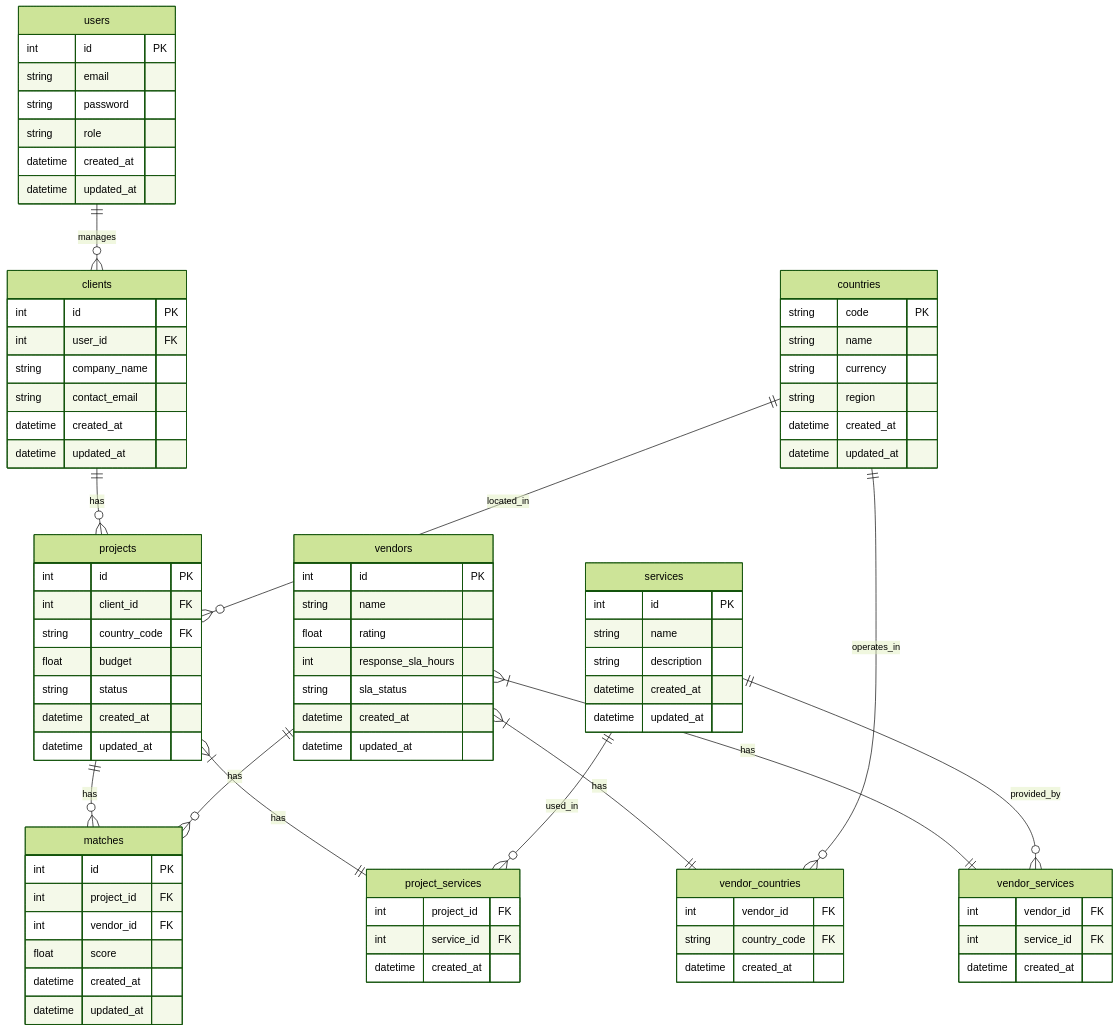
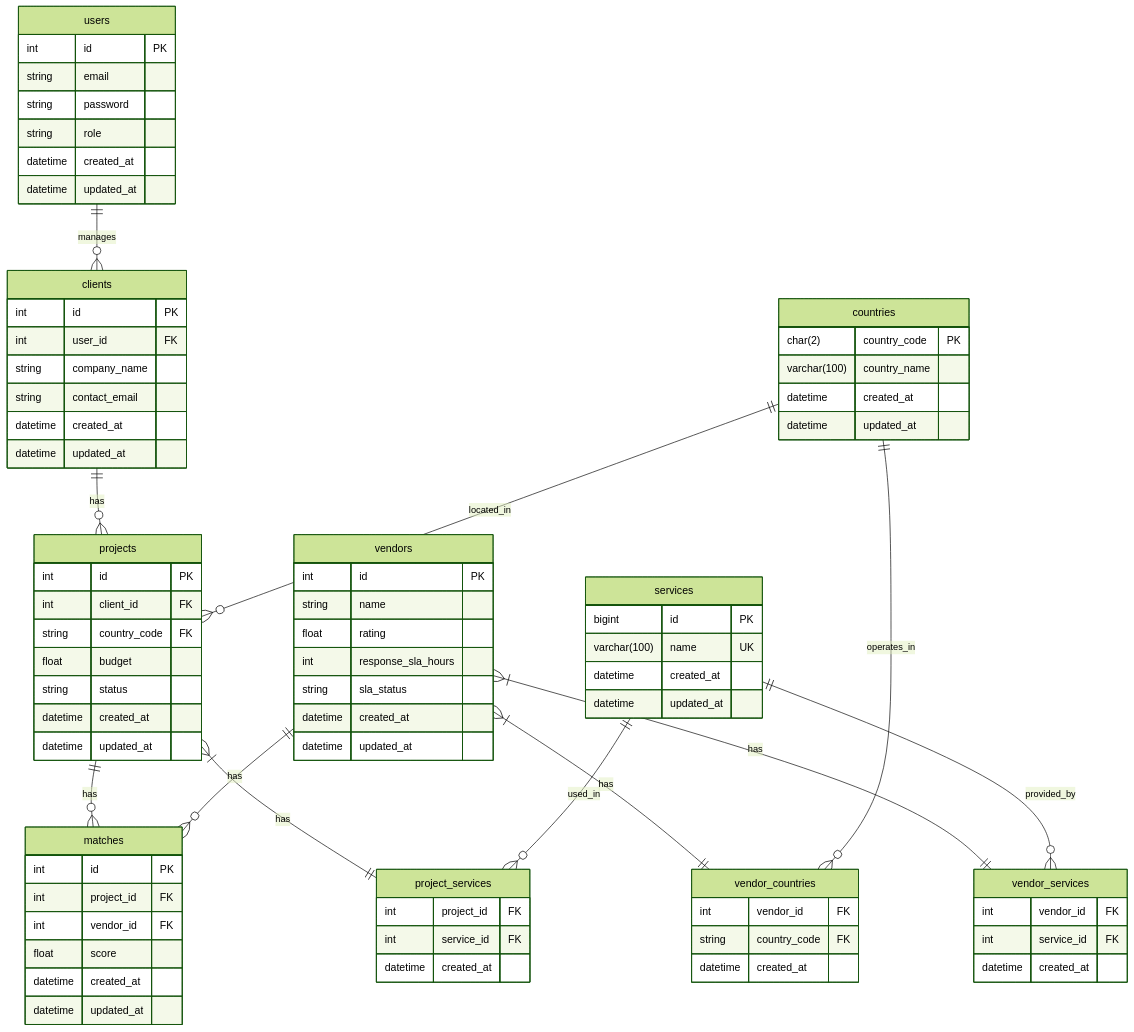
One commit to Mohamedaboda-bit/expanders360_task changed the diagram in README.md. Above: the diagram before and after it, drawn with Mermaid (forest theme).

Commit message:
feat: update database schema for services and countries entities with new data types and constraints

```diff
--- a/README.md
+++ b/README.md
@@ -98,18 +98,15 @@
     }
 
     services {
-        int id PK
-        string name
-        string description
+        bigint id PK
+        varchar(100) name UK
         datetime created_at
         datetime updated_at
     }
 
     countries {
-        string code PK
-        string name
-        string currency
-        string region
+        char(2) country_code PK
+        varchar(100) country_name
         datetime created_at
         datetime updated_at
     }
```
